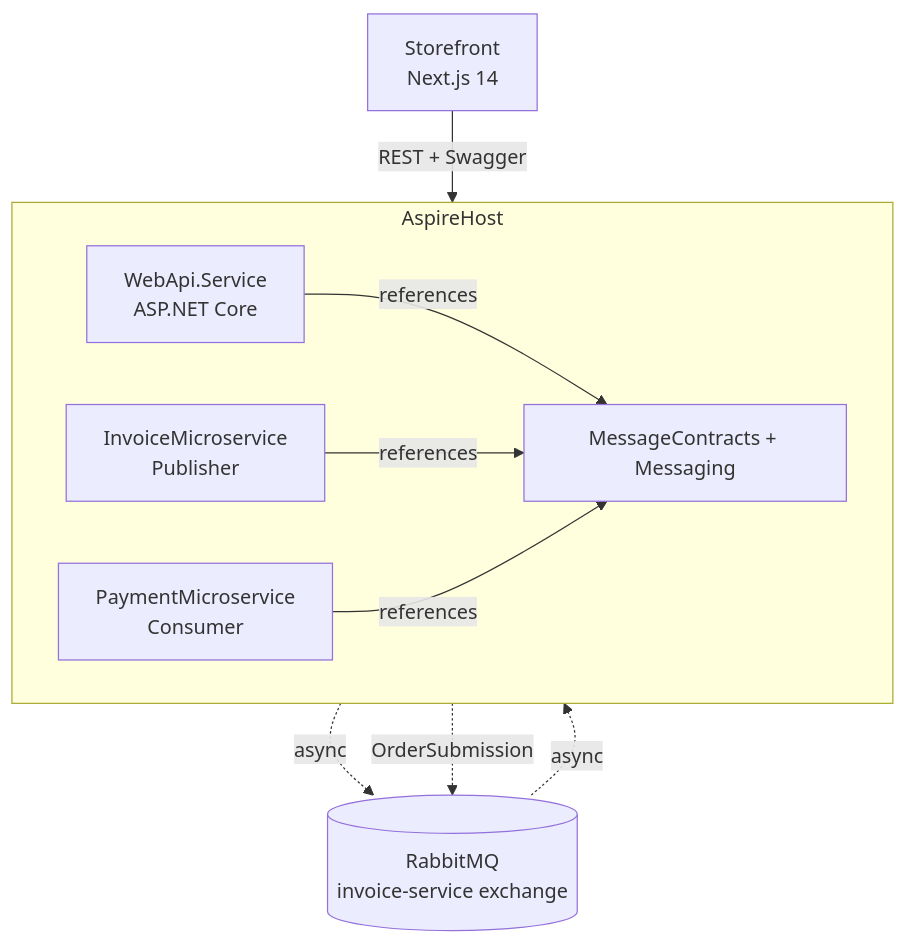
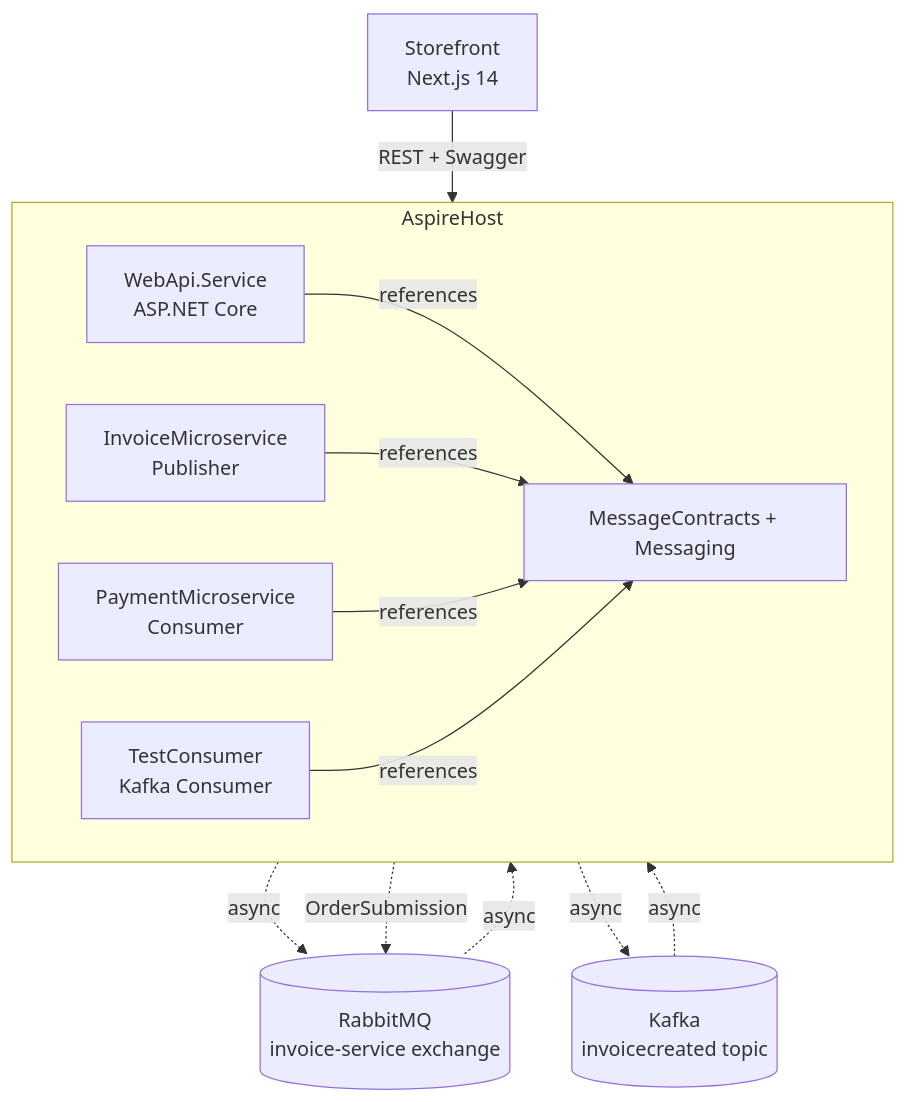
One commit to DragceSU/AspireProject changed the third of 5 diagrams in README.md. Above: the diagram before and after it, drawn with Mermaid. The commit also changed other lines of this file and 53 other files, not shown here.

````diff
--- a/README.md
+++ b/README.md
@@ -71,20 +79,25 @@
 ```mermaid
 flowchart TB
     subgraph AspireHost
         direction LR
         api[WebApi.Service<br/>ASP.NET Core]
         shared[MessageContracts + Messaging]
         invoice[InvoiceMicroservice<br/>Publisher]
         payment[PaymentMicroservice<br/>Consumer]
+        test[TestConsumer<br/>Kafka Consumer]
     end
     bus[(RabbitMQ<br/>invoice-service exchange)]
+    kafka[(Kafka<br/>invoicecreated topic)]
     webapp[Storefront<br/>Next.js 14]
 
     webapp -- REST + Swagger --> api
     api -- references --> shared
     invoice -- references --> shared
     payment -- references --> shared
+    test -- references --> shared
     invoice -. async .-> bus
     bus -. async .-> payment
+    invoice -. async .-> kafka
+    kafka -. async .-> test
     api -. OrderSubmission .-> bus
 ```
````
